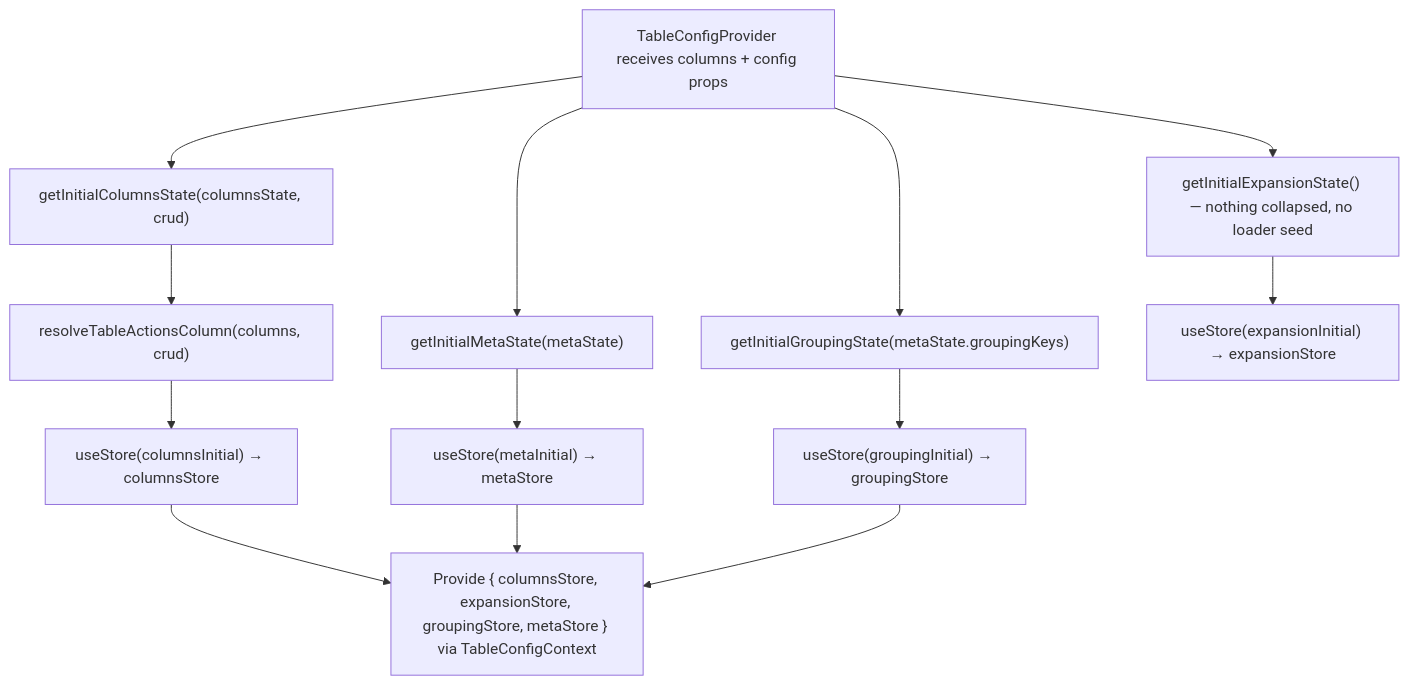
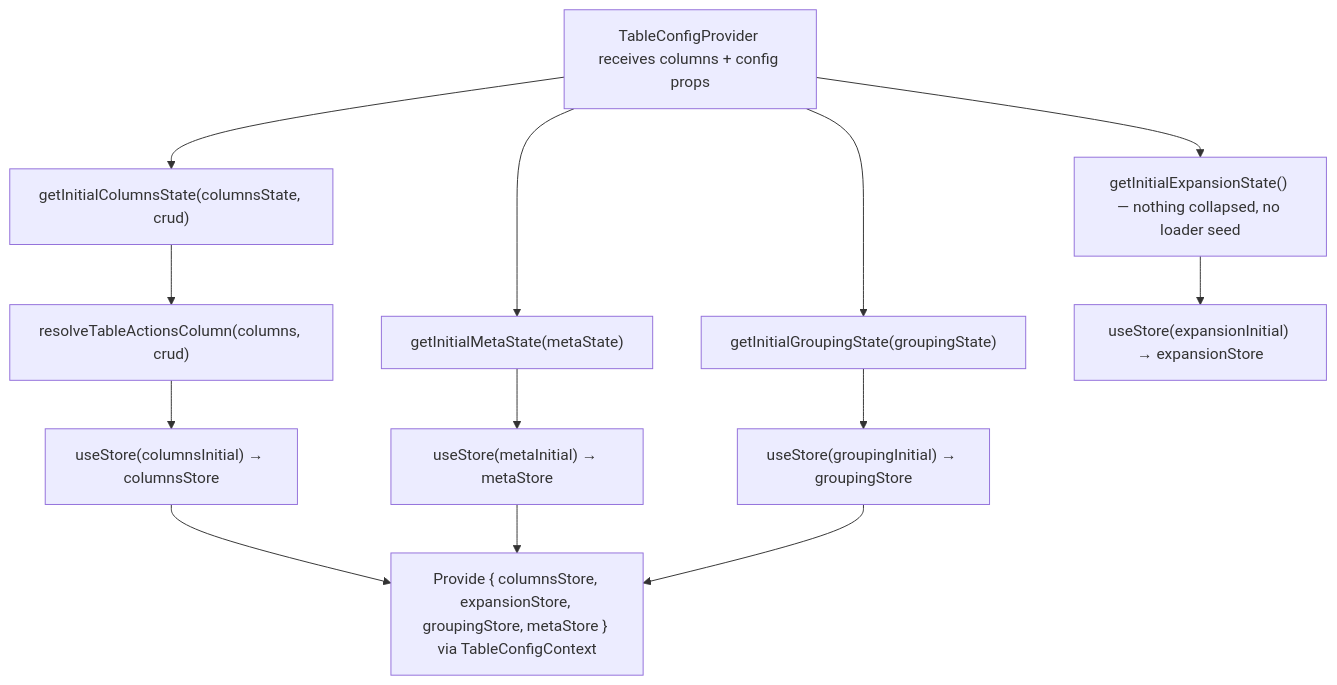
One commit to luciocabrera/lcabrera-stack changed the second of 3 diagrams in packages/ui/src/components/Table/contexts/TableConfig/ARCHITECTURE.md. Above: the diagram before and after it, drawn with Mermaid. The commit also changed other lines of this file and 142 other files, not shown here.

First line of the commit message:
refactor(ui): split TableMetaState into capability, grouping, and chrome (#1151)

````diff
--- a/packages/ui/src/components/Table/contexts/TableConfig/ARCHITECTURE.md
+++ b/packages/ui/src/components/Table/contexts/TableConfig/ARCHITECTURE.md
@@ -281,16 +260,16 @@
 ```mermaid
 graph TD
   A["TableConfigProvider receives columns + config props"]
   A --> B["getInitialColumnsState(columnsState, crud)"]
   A --> C["getInitialMetaState(metaState)"]
-  A --> G["getInitialGroupingState(metaState.groupingKeys)"]
+  A --> G["getInitialGroupingState(groupingState)"]
   A --> GE["getInitialExpansionState() — nothing collapsed, no loader seed"]
   B --> B1["resolveTableActionsColumn(columns, crud)"]
   B1 --> D["useStore(columnsInitial) → columnsStore"]
   C --> E["useStore(metaInitial) → metaStore"]
   G --> H["useStore(groupingInitial) → groupingStore"]
   GE --> HE["useStore(expansionInitial) → expansionStore"]
   D --> F["Provide { columnsStore, expansionStore, groupingStore, metaStore } via TableConfigContext"]
   E --> F
   H --> F
 ```
````
